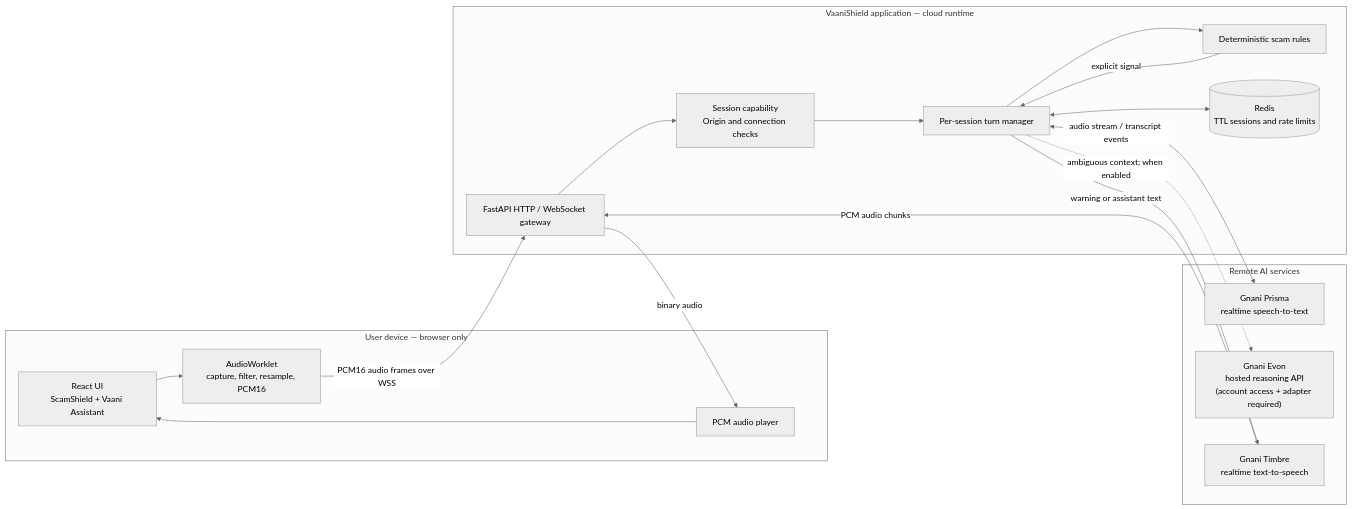
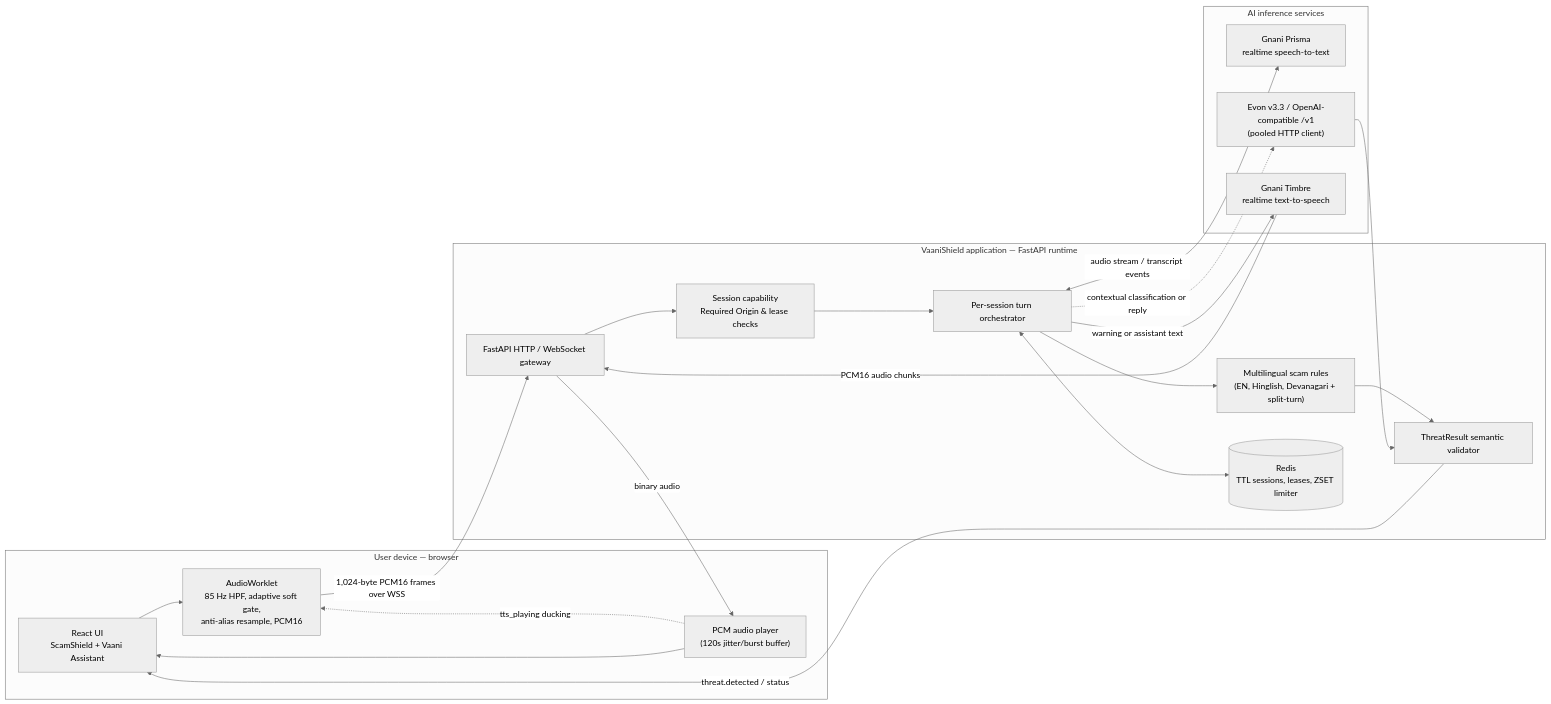
One commit to Bhaumik-99/gnani.ai-task changed the first of 3 diagrams in README.md. Above: the diagram before and after it, drawn with Mermaid (neutral theme). The commit also changed other lines of this file and 13 other files, not shown here.

Commit message:
feat: improve live scam detection, DSP noise gating, TTS playback, and docs

````diff
--- a/README.md
+++ b/README.md
@@ -54,35 +54,38 @@
 ```mermaid
 flowchart LR
-  subgraph CLIENT["User device — browser only"]
+  subgraph CLIENT["User device — browser"]
     UI["React UI<br/>ScamShield + Vaani Assistant"]
-    CAP["AudioWorklet<br/>capture, filter, resample, PCM16"]
-    PLAY["PCM audio player"]
+    CAP["AudioWorklet<br/>85 Hz HPF, adaptive soft gate,<br/>anti-alias resample, PCM16"]
+    PLAY["PCM audio player<br/>(120s jitter/burst buffer)"]
     UI --> CAP
+    PLAY -.->|"tts_playing ducking"| CAP
     PLAY --> UI
   end
 
-  subgraph APP["VaaniShield application — cloud runtime"]
+  subgraph APP["VaaniShield application — FastAPI runtime"]
     GW["FastAPI HTTP / WebSocket gateway"]
-    AUTH["Session capability<br/>Origin and connection checks"]
-    TURN["Per-session turn manager"]
-    RULES["Deterministic scam rules"]
-    STORE[("Redis<br/>TTL sessions and rate limits")]
+    AUTH["Session capability<br/>Required Origin & lease checks"]
+    TURN["Per-session turn orchestrator"]
+    RULES["Multilingual scam rules<br/>(EN, Hinglish, Devanagari + split-turn)"]
+    VALID["ThreatResult semantic validator"]
+    STORE[("Redis<br/>TTL sessions, leases, ZSET limiter")]
     GW --> AUTH --> TURN
-    TURN --> RULES
+    TURN --> RULES --> VALID
     TURN <--> STORE
   end
 
-  subgraph PROVIDERS["Remote AI services"]
+  subgraph PROVIDERS["AI inference services"]
     STT["Gnani Prisma<br/>realtime speech-to-text"]
-    LLM["Gnani Evon<br/>hosted reasoning API<br/>(account access + adapter required)"]
+    LLM["Evon v3.3 / OpenAI-compatible /v1<br/>(pooled HTTP client)"]
     TTS["Gnani Timbre<br/>realtime text-to-speech"]
   end
 
-  CAP -->|"PCM16 audio frames over WSS"| GW
+  CAP -->|"1,024-byte PCM16 frames over WSS"| GW
   TURN <-->|"audio stream / transcript events"| STT
-  RULES -->|"explicit signal"| TURN
-  TURN -.->|"ambiguous context; when enabled"| LLM
+  TURN -.->|"contextual classification or reply"| LLM
+  LLM --> VALID
+  VALID -->|"threat.detected / status"| UI
   TURN -->|"warning or assistant text"| TTS
-  TTS -->|"PCM audio chunks"| GW
+  TTS -->|"PCM16 audio chunks"| GW
   GW -->|"binary audio"| PLAY
 ```
````
